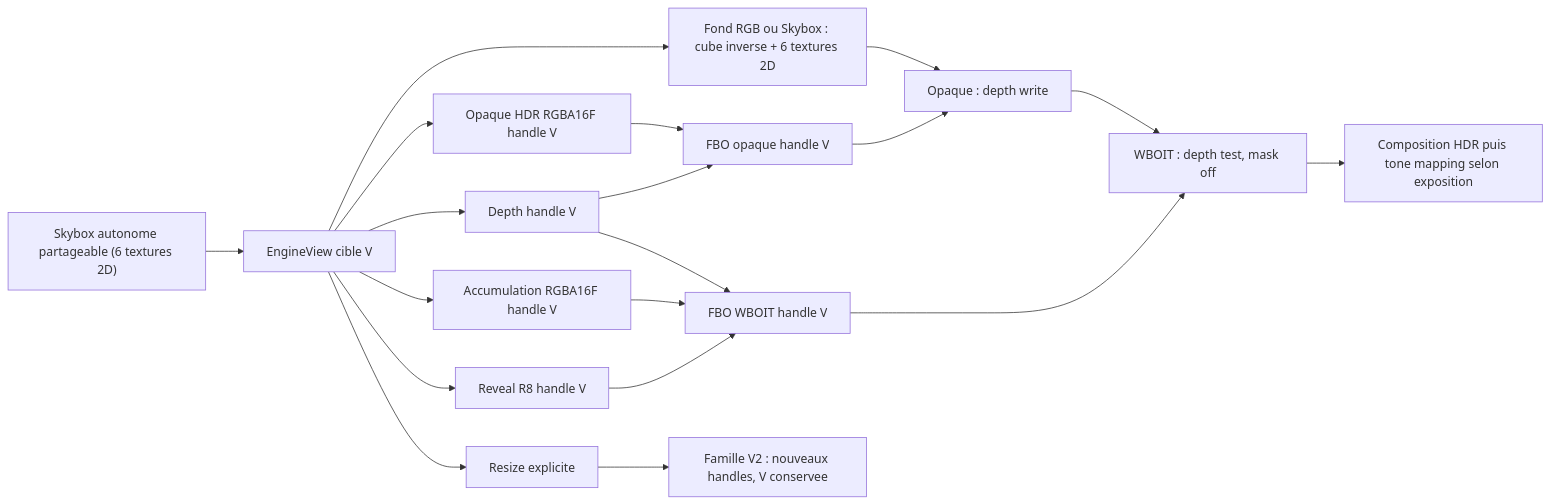
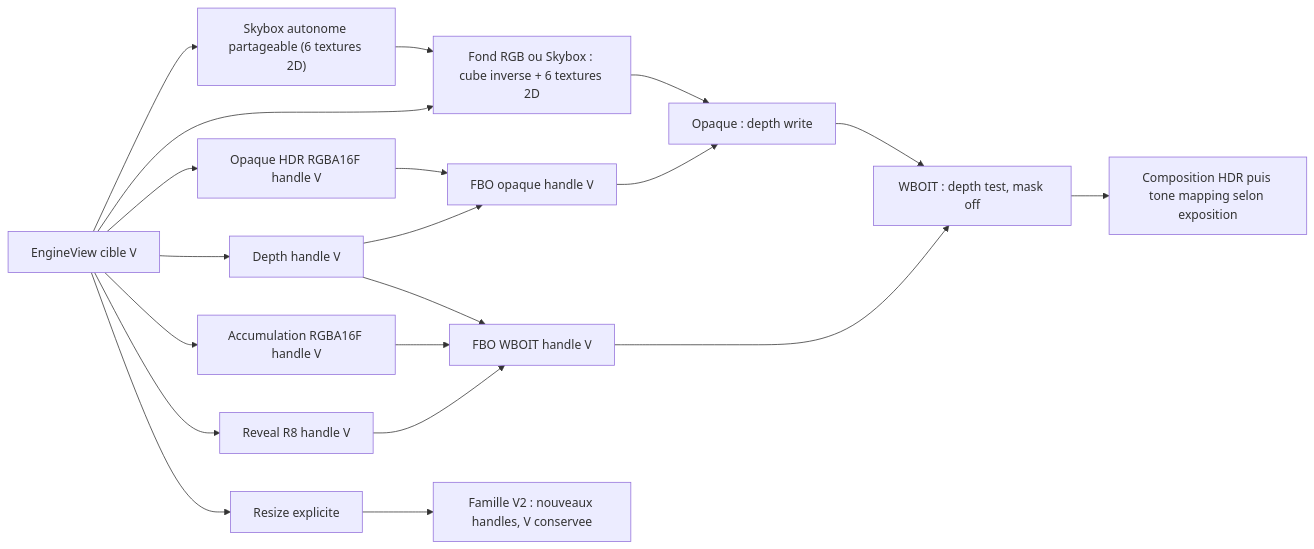
The second of 5 diagrams in docs/voxel-engine-v0.1.4/09-pipeline-gpu-transparence.md (EreliaStudio/Sparkle), drawn with Mermaid before and after one commit. The commit also changed 1 other file, not shown here.

Commit message:
docs(v0.1.4): clarify Skybox reference diagram and immutable-compatible test

````diff
--- a/docs/voxel-engine-v0.1.4/09-pipeline-gpu-transparence.md
+++ b/docs/voxel-engine-v0.1.4/09-pipeline-gpu-transparence.md
@@ -58,21 +58,22 @@
 ```mermaid
 flowchart LR
   View["EngineView cible V"] --> OpaqueColor["Opaque HDR RGBA16F handle V"]
-  Skybox["Skybox autonome partageable (6 textures 2D)"] --> View
+  View --> Skybox["Skybox autonome partageable (6 textures 2D)"]
+  Skybox --> Background
   View --> Background["Fond RGB ou Skybox : cube inverse + 6 textures 2D"]
   Background --> DrawOpaque
   View --> Depth["Depth handle V"]
   View --> Accum["Accumulation RGBA16F handle V"]
   View --> Reveal["Reveal R8 handle V"]
   OpaqueColor --> FBOOpaque["FBO opaque handle V"]
   Depth --> FBOOpaque
   Depth --> FBOWBOIT["FBO WBOIT handle V"]
   Accum --> FBOWBOIT
   Reveal --> FBOWBOIT
   FBOOpaque --> DrawOpaque["Opaque : depth write"]
   DrawOpaque --> DrawWBOIT["WBOIT : depth test, mask off"]
   FBOWBOIT --> DrawWBOIT
   DrawWBOIT --> Compose["Composition HDR puis tone mapping selon exposition"]
   View --> Resize["Resize explicite"]
   Resize --> V2["Famille V2 : nouveaux handles, V conservee"]
 ```
````
